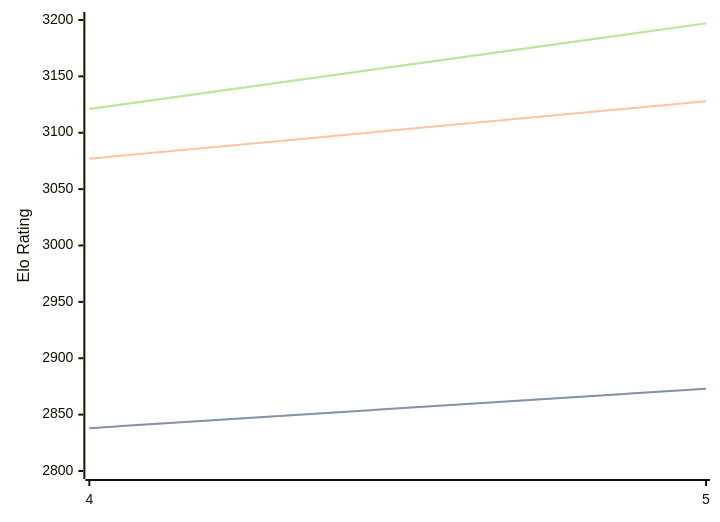
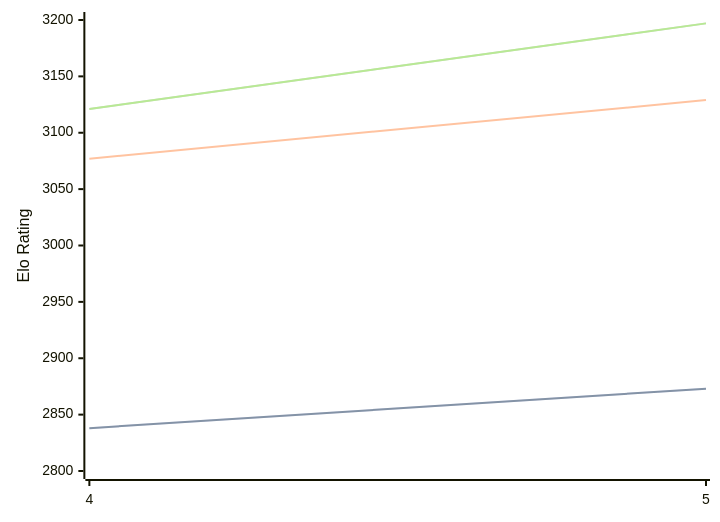
Before and after one commit to computer-chess-index/cci: the first of 3 diagrams in engines/Cwtch.md, drawn with Mermaid. The commit also changed other lines of this file, not shown here.

````diff
--- a/engines/Cwtch.md
+++ b/engines/Cwtch.md
@@ -34,11 +34,11 @@
 ```mermaid
 %%{init: {"theme":"base","themeVariables":{"seriesColors:['#a3a3a3','#222221','#faa371']}}}%%
 xychart-beta
   x-axis ["4", "5"]
   y-axis "Elo Rating" 2800 --> 3200
   line "STC (8.0+0.08s)" [2838, 2873]
   line "STC (8.0+0.08s)" [2838, 2873]
-  line "LTC (60.0+0.60s)" [3077, 3128]
+  line "LTC (60.0+0.60s)" [3077, 3129]
   line "VLTC (2m24s+1.12s)" [3121, 3197]
   line "VLTC (2m24s+1.12s)" [3121, 3197]
 ```
````
